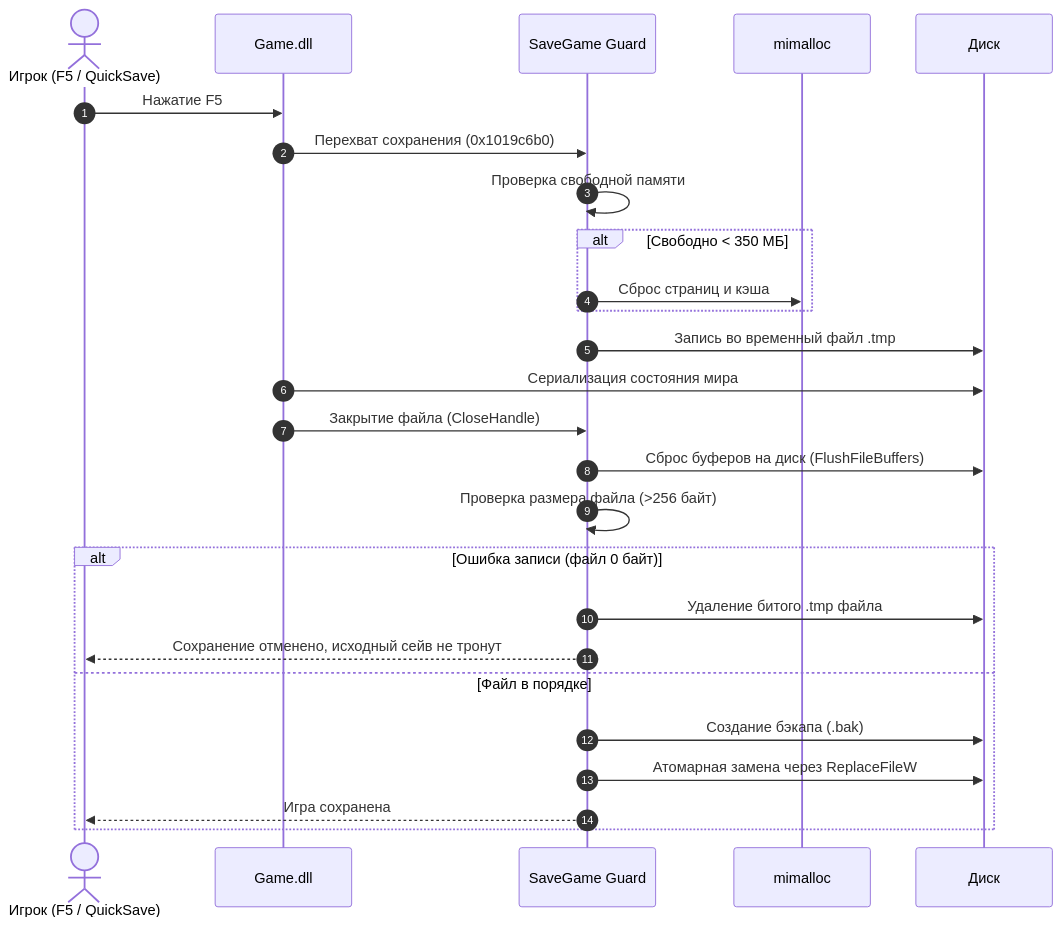
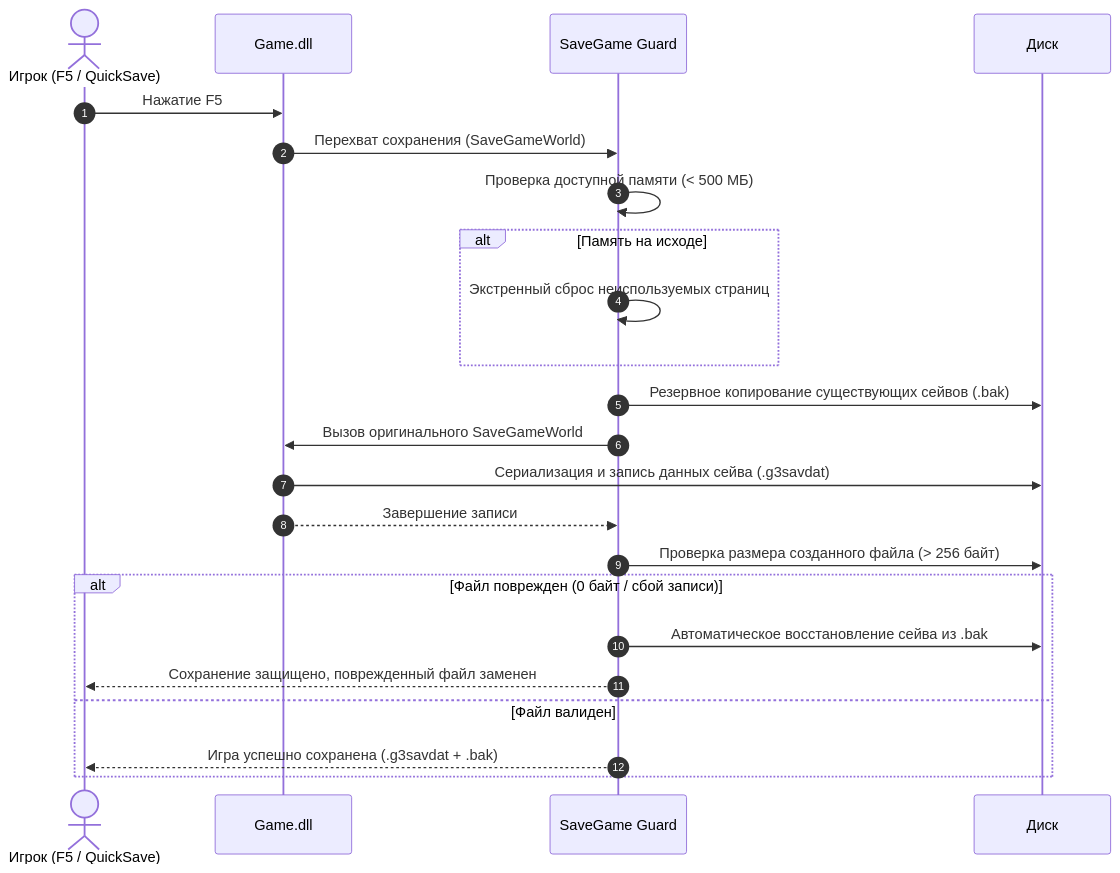
One commit to VadimGlinskiy/G3O changed the second of 2 diagrams in README.md. Above: the diagram before and after it, drawn with Mermaid. The commit also changed other lines of this file and 1 other file, not shown here.

Commit message:
docs: actualize README and README_en for v1.3.0 release

````diff
--- a/README.md
+++ b/README.md
@@ -135,29 +135,26 @@
 ```mermaid
 sequenceDiagram
     autonumber
     actor Player as Игрок (F5 / QuickSave)
     participant Game as Game.dll
     participant Guard as SaveGame Guard
-    participant Memory as mimalloc
     participant Disk as Диск
 
     Player->>Game: Нажатие F5
-    Game->>Guard: Перехват сохранения (0x1019c6b0)
-    Guard->>Guard: Проверка свободной памяти
-    alt Свободно < 350 МБ
-        Guard->>Memory: Сброс страниц и кэша
+    Game->>Guard: Перехват сохранения (SaveGameWorld)
+    Guard->>Guard: Проверка доступной памяти (< 500 МБ)
+    alt Память на исходе
+        Guard->>Guard: Экстренный сброс неиспользуемых страниц
     end
-    Guard->>Disk: Запись во временный файл .tmp
-    Game->>Disk: Сериализация состояния мира
-    Game->>Guard: Закрытие файла (CloseHandle)
-    Guard->>Disk: Сброс буферов на диск (FlushFileBuffers)
-    Guard->>Guard: Проверка размера файла (>256 байт)
-    alt Ошибка записи (файл 0 байт)
-        Guard->>Disk: Удаление битого .tmp файла
-        Guard-->>Player: Сохранение отменено, исходный сейв не тронут
-    else Файл в порядке
-        Guard->>Disk: Создание бэкапа (.bak)
-        Guard->>Disk: Атомарная замена через ReplaceFileW
-        Guard-->>Player: Игра сохранена
+    Guard->>Disk: Резервное копирование существующих сейвов (.bak)
+    Guard->>Game: Вызов оригинального SaveGameWorld
+    Game->>Disk: Сериализация и запись данных сейва (.g3savdat)
+    Game-->>Guard: Завершение записи
+    Guard->>Disk: Проверка размера созданного файла (> 256 байт)
+    alt Файл поврежден (0 байт / сбой записи)
+        Guard->>Disk: Автоматическое восстановление сейва из .bak
+        Guard-->>Player: Сохранение защищено, поврежденный файл заменен
+    else Файл валиден
+        Guard-->>Player: Игра успешно сохранена (.g3savdat + .bak)
     end
 ```
````
